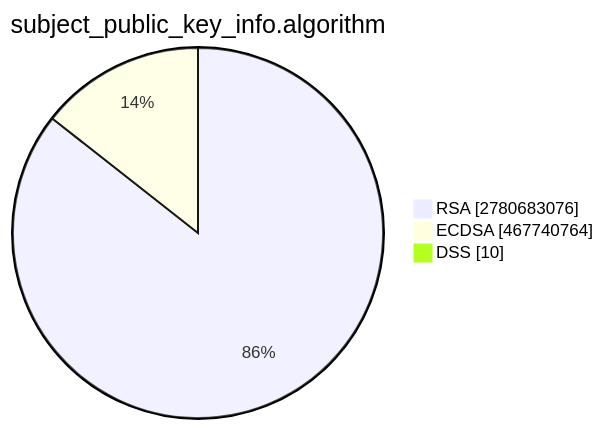
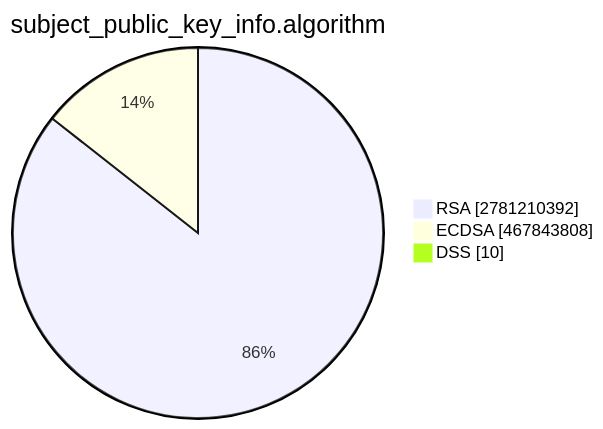
One commit to christiankrug/ctmonitor_visualization changed the second of 15 diagrams in TOTAL/README.md. Above: the diagram before and after it, drawn with Mermaid. The commit also changed other lines of this file, not shown here.

````diff
--- a/TOTAL/README.md
+++ b/TOTAL/README.md
@@ -6,7 +6,7 @@
 ```mermaid
 pie showData
 title subject_public_key_info.algorithm
-"RSA" :2780683076
-"ECDSA" :467740764
+"RSA" :2781210392
+"ECDSA" :467843808
 "DSS" :10
 ```
````
